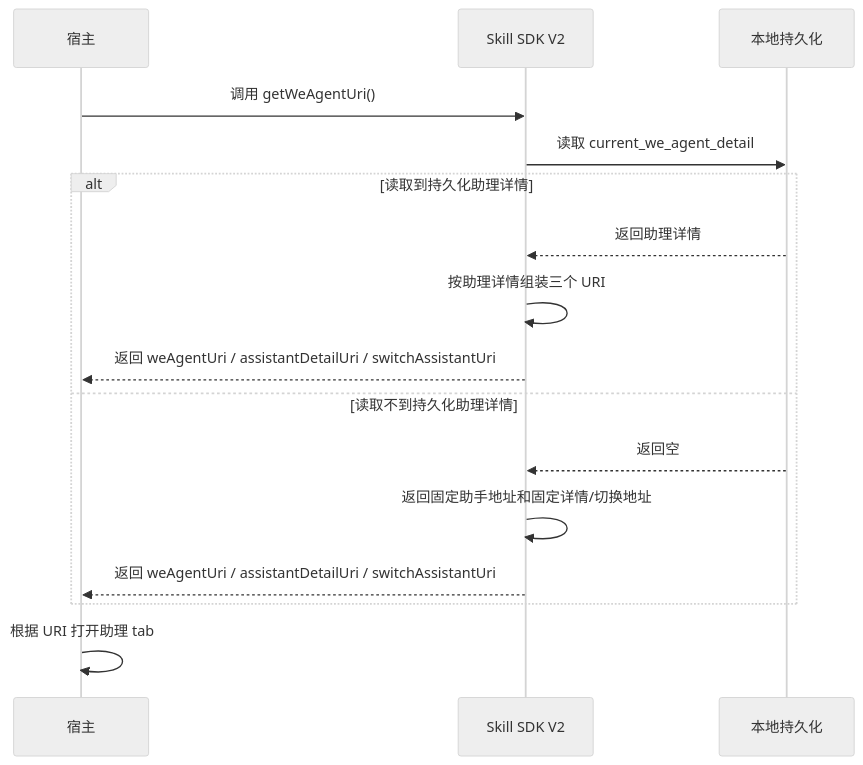
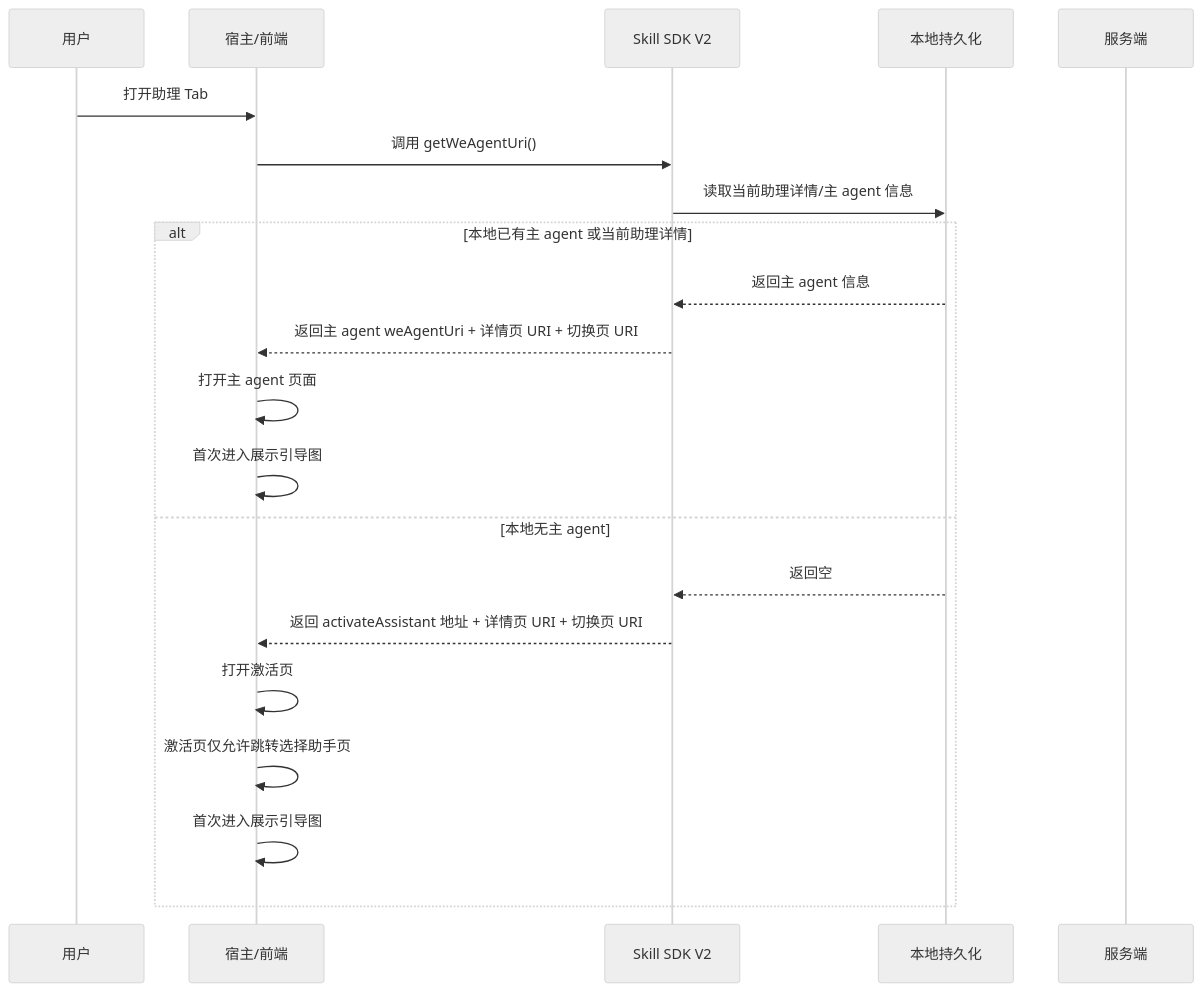
The second of 4 diagrams in ai-chat-viewer/docs/plans/2026-05-20-assistant-tab-default-wecode-plan.md (Abelsjcheng/skillSDK), drawn with Mermaid (neutral theme) before and after one commit. The commit also changed other lines of this file, not shown here.

````diff
--- a/ai-chat-viewer/docs/plans/2026-05-20-assistant-tab-default-wecode-plan.md
+++ b/ai-chat-viewer/docs/plans/2026-05-20-assistant-tab-default-wecode-plan.md
@@ -77,19 +79,24 @@
 ```mermaid
 sequenceDiagram
-    participant Host as 宿主
+    participant User as 用户
+    participant Host as 宿主/前端
     participant SDK as Skill SDK V2
     participant Storage as 本地持久化
+    participant Server as 服务端
 
+    User->>Host: 打开助理 Tab
     Host->>SDK: 调用 getWeAgentUri()
-    SDK->>Storage: 读取 current_we_agent_detail
-    alt 读取到持久化助理详情
-        Storage-->>SDK: 返回助理详情
-        SDK->>SDK: 按助理详情组装三个 URI
-        SDK-->>Host: 返回 weAgentUri / assistantDetailUri / switchAssistantUri
-    else 读取不到持久化助理详情
+    SDK->>Storage: 读取当前助理详情/主 agent 信息
+    alt 本地已有主 agent 或当前助理详情
+        Storage-->>SDK: 返回主 agent 信息
+        SDK-->>Host: 返回主 agent weAgentUri + 详情页 URI + 切换页 URI
+        Host->>Host: 打开主 agent 页面
+        Host->>Host: 首次进入展示引导图
+    else 本地无主 agent
         Storage-->>SDK: 返回空
-        SDK->>SDK: 返回固定助手地址和固定详情/切换地址
-        SDK-->>Host: 返回 weAgentUri / assistantDetailUri / switchAssistantUri
+        SDK-->>Host: 返回 activateAssistant 地址 + 详情页 URI + 切换页 URI
+        Host->>Host: 打开激活页
+        Host->>Host: 激活页仅允许跳转选择助手页
+        Host->>Host: 首次进入展示引导图
     end
-    Host->>Host: 根据 URI 打开助理 tab
 ```
````
